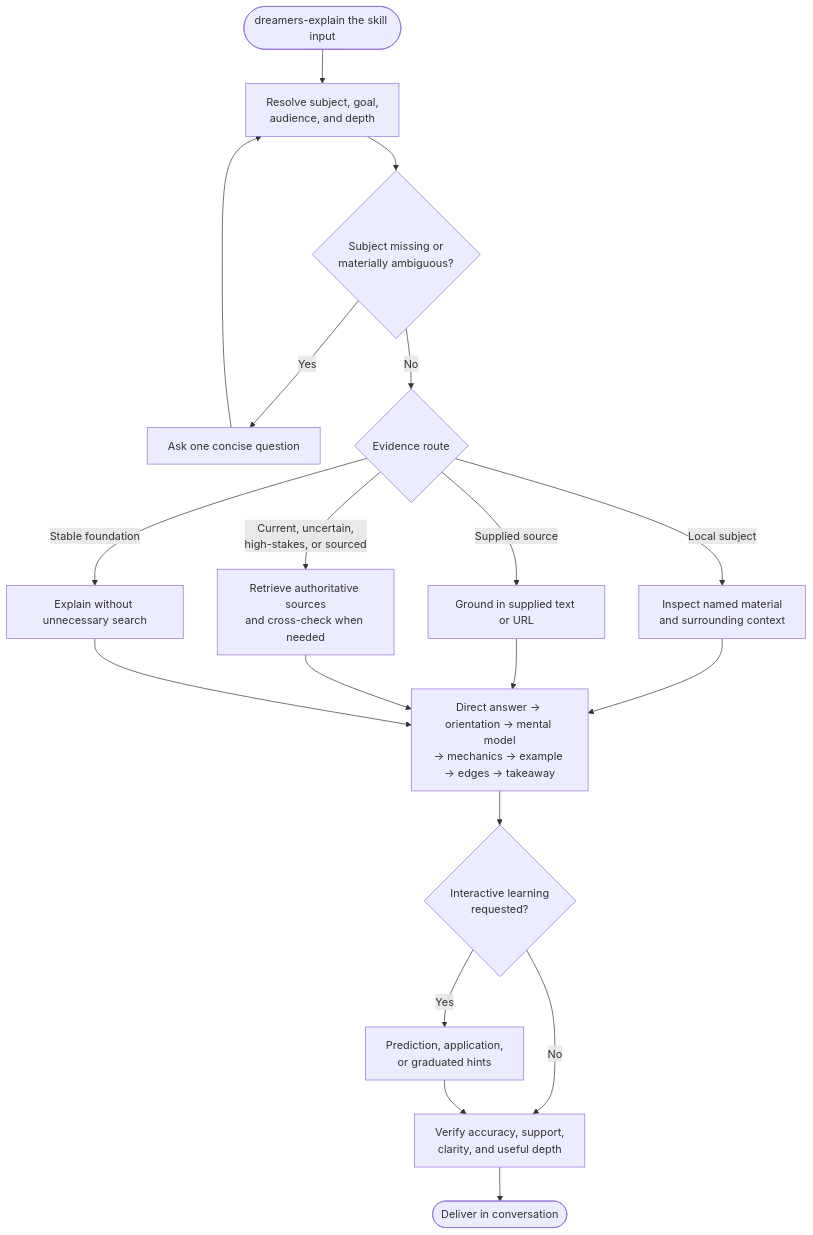
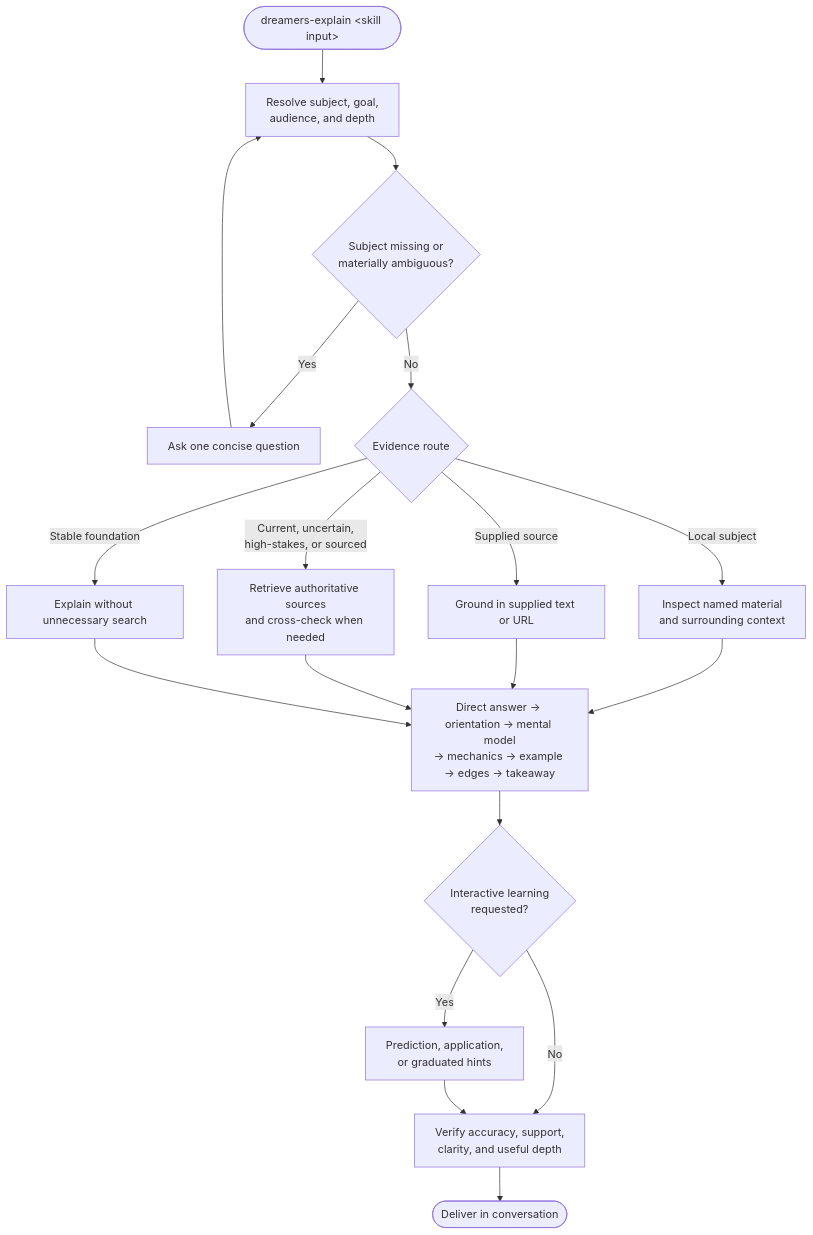
The diagram in skills/dreamers-explain/readme.md (mrStorrs/dreamers-codex), drawn with Mermaid before and after one commit. The commit also changed other lines of this file and 73 other files, not shown here.

````diff
--- a/skills/dreamers-explain/readme.md
+++ b/skills/dreamers-explain/readme.md
@@ -5,21 +5,21 @@
 ```mermaid
 flowchart TD
-    Start(["dreamers-explain the skill input"]) --> Resolve["Resolve subject, goal,<br/>audience, and depth"]
+    Start(["dreamers-explain &lt;skill input&gt;"]) --> Resolve["Resolve subject, goal,<br/>audience, and depth"]
     Resolve --> Missing{"Subject missing or<br/>materially ambiguous?"}
     Missing -->|Yes| Ask["Ask one concise question"]
     Ask --> Resolve
     Missing -->|No| Route{"Evidence route"}
     Route -->|Local subject| Local["Inspect named material<br/>and surrounding context"]
     Route -->|Supplied source| Supplied["Ground in supplied text or URL"]
     Route -->|Current, uncertain,<br/>high-stakes, or sourced| External["Retrieve authoritative sources<br/>and cross-check when needed"]
     Route -->|Stable foundation| Knowledge["Explain without unnecessary search"]
     Local --> Build
     Supplied --> Build
     External --> Build
     Knowledge --> Build
     Build["Direct answer → orientation → mental model<br/>→ mechanics → example → edges → takeaway"] --> Learn{"Interactive learning<br/>requested?"}
     Learn -->|Yes| Check["Prediction, application,<br/>or graduated hints"]
     Learn -->|No| Final["Verify accuracy, support,<br/>clarity, and useful depth"]
     Check --> Final
     Final --> Deliver(["Deliver in conversation"])
 ```
````
